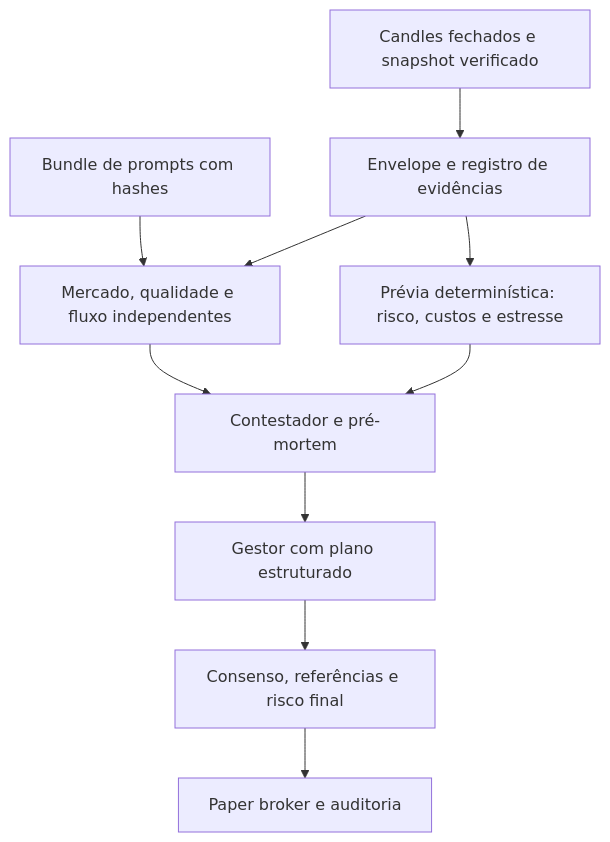
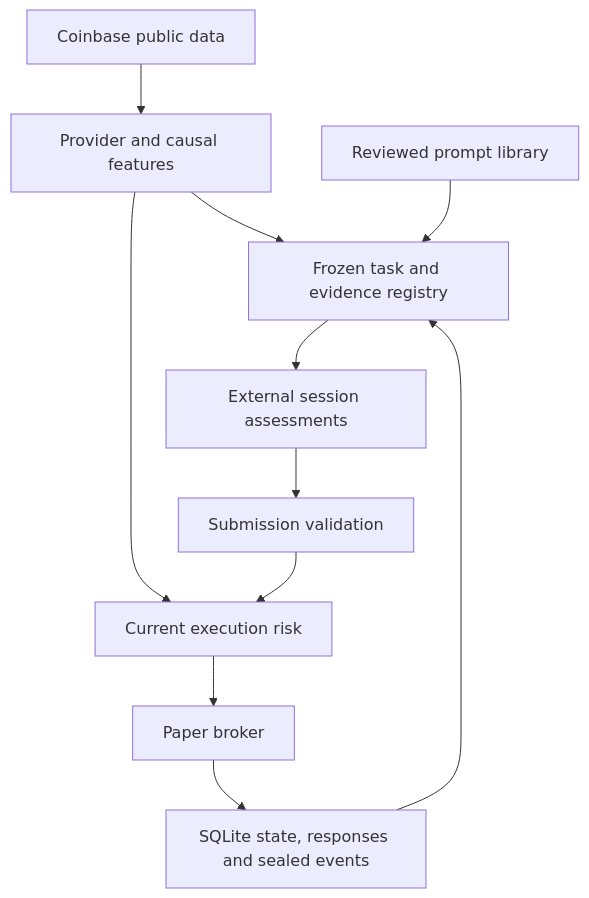
One commit to 0jre/Alladin changed the diagram in docs/architecture.md. Above: the diagram before and after it, drawn with Mermaid. The commit also changed other lines of this file and 50 other files, not shown here.

````diff
--- a/docs/architecture.md
+++ b/docs/architecture.md
@@ -52,12 +8,13 @@
 ```mermaid
 flowchart TD
-  A["Candles fechados e snapshot verificado"] --> B["Envelope e registro de evidências"]
-  P["Bundle de prompts com hashes"] --> C["Mercado, qualidade e fluxo independentes"]
-  B --> C
-  B --> E["Prévia determinística: risco, custos e estresse"]
-  C --> D["Contestador e pré-mortem"]
-  E --> D
-  D --> M["Gestor com plano estruturado"]
-  M --> R["Consenso, referências e risco final"]
-  R --> O["Paper broker e auditoria"]
+  C["Coinbase public data"] --> P["Provider and causal features"]
+  P --> T["Frozen task and evidence registry"]
+  L["Reviewed prompt library"] --> T
+  T --> A["External session assessments"]
+  A --> S["Submission validation"]
+  P --> R["Current execution risk"]
+  S --> R
+  R --> B["Paper broker"]
+  B --> D["SQLite state, responses and sealed events"]
+  D --> T
 ```
````
